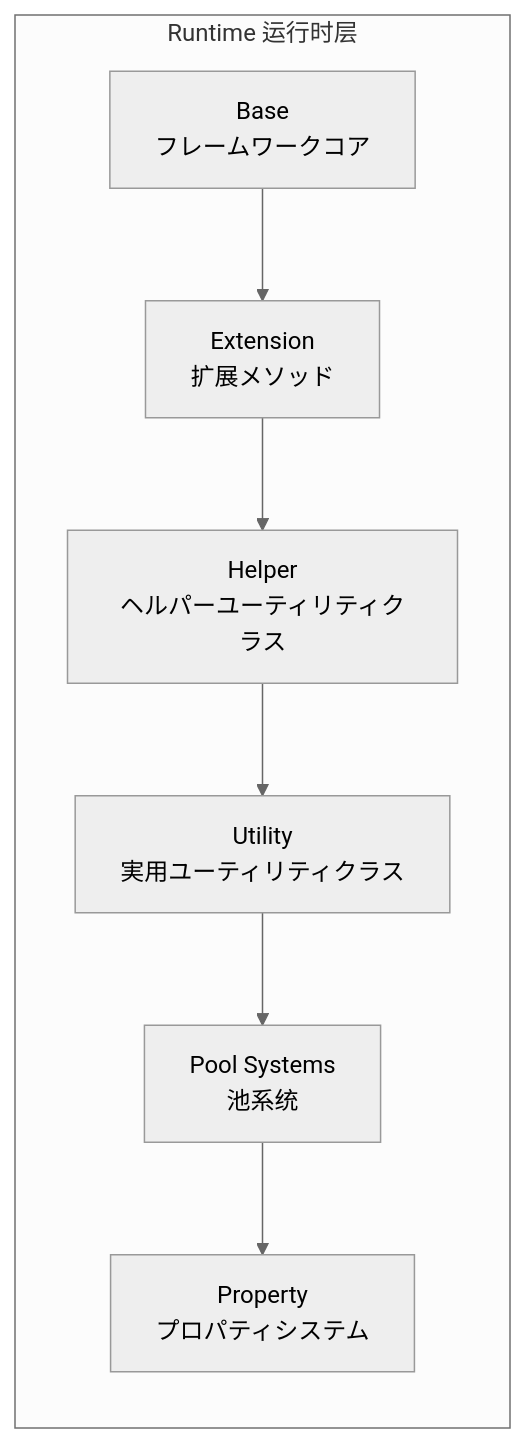
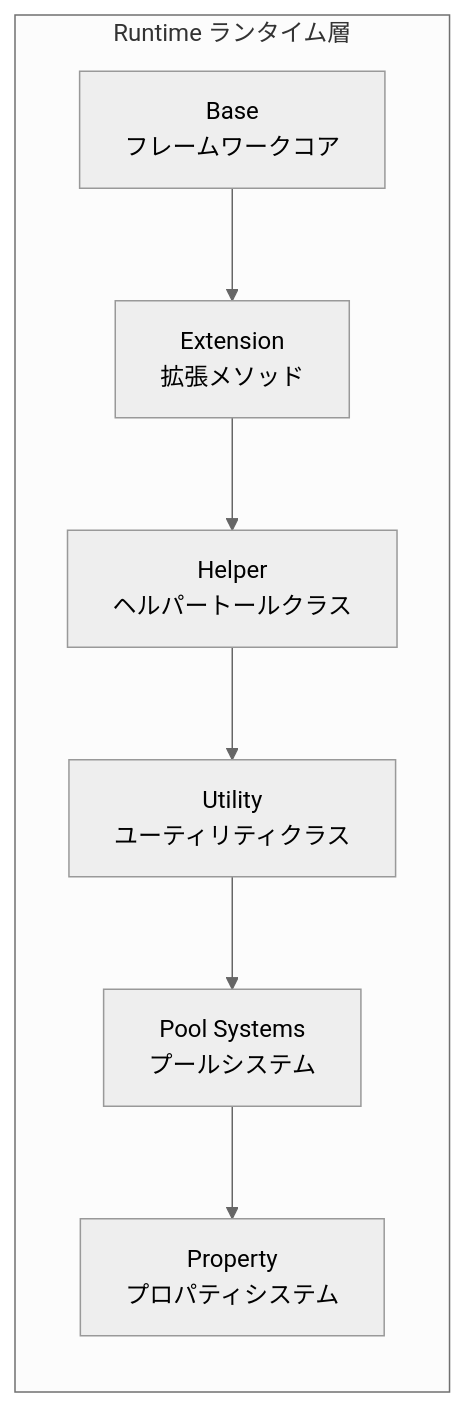
The second of 2 diagrams in docs/ja/client/unity/component/core/01.overview.md (AlianBlank/GameFrameX.Docs), drawn with Mermaid (neutral theme) before and after one commit. The commit also changed other lines of this file and 320 other files, not shown here.

````diff
--- a/docs/ja/client/unity/component/core/01.overview.md
+++ b/docs/ja/client/unity/component/core/01.overview.md
@@ -99,11 +99,11 @@
 ```mermaid
 flowchart LR
-    subgraph RuntimeCore["Runtime 运行时层"]
+    subgraph RuntimeCore["Runtime ランタイム層"]
         direction TB
-        Base["Base<br/>フレームワークコア"] --> Extension["Extension<br/>扩展メソッド"]
-        Extension --> Helper["Helper<br/>ヘルパーユーティリティクラス"]
-        Helper --> Utility["Utility<br/>実用ユーティリティクラス"]
-        Utility --> Pool["Pool Systems<br/>池系统"]
+        Base["Base<br/>フレームワークコア"] --> Extension["Extension<br/>拡張メソッド"]
+        Extension --> Helper["Helper<br/>ヘルパートールクラス"]
+        Helper --> Utility["Utility<br/>ユーティリティクラス"]
+        Utility --> Pool["Pool Systems<br/>プールシステム"]
         Pool --> Property["Property<br/>プロパティシステム"]
     end
 ```
````
